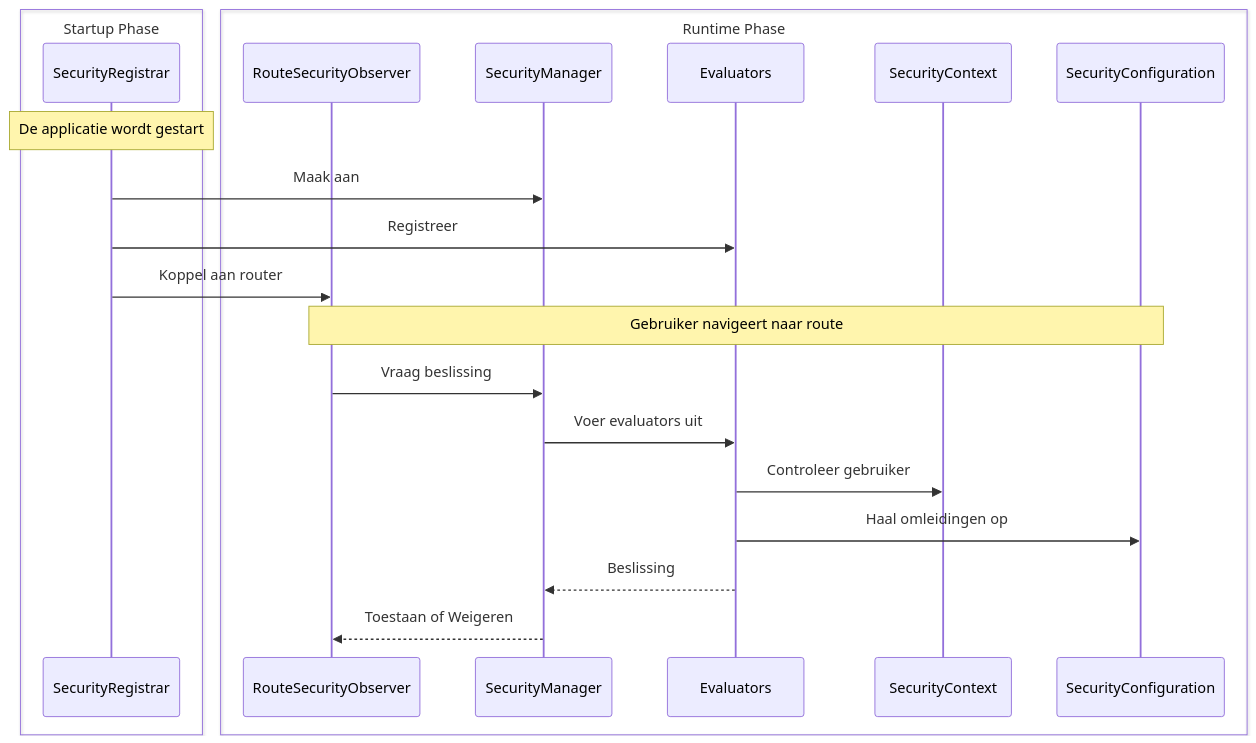
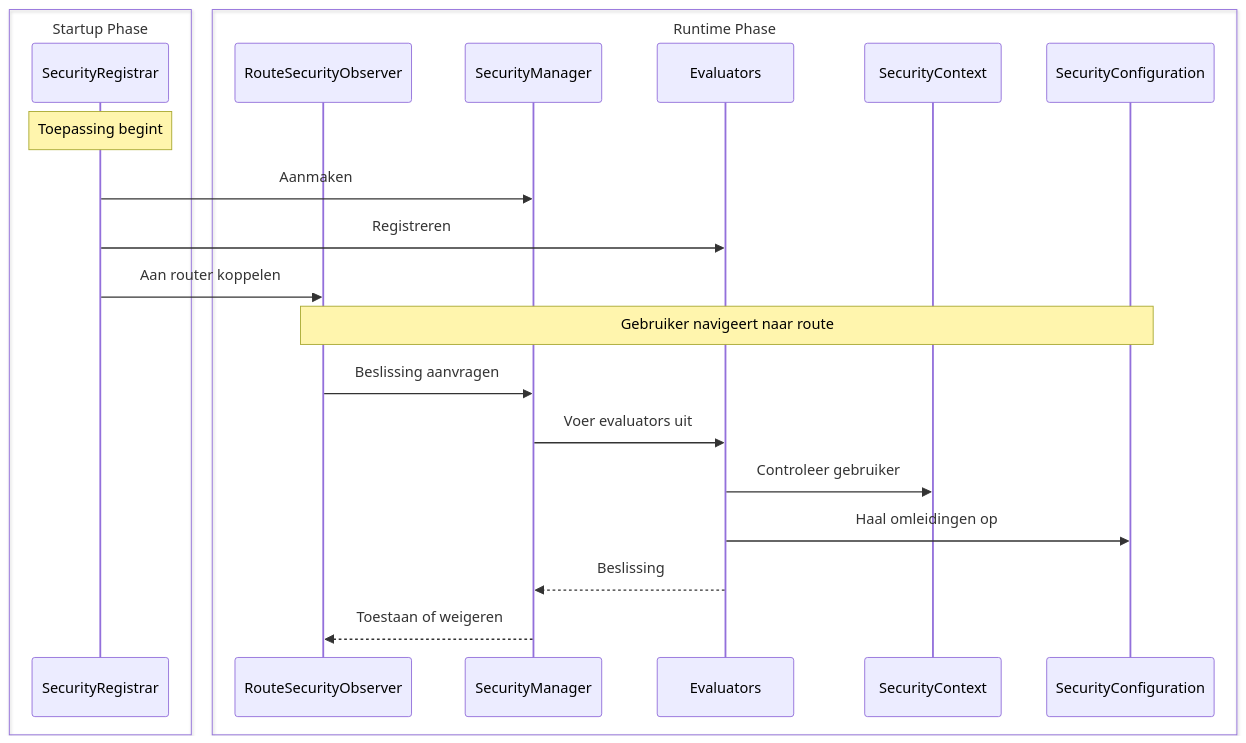
The diagram in docs/i18n/nl/docusaurus-plugin-content-docs/current/security/architecture/custom-implementation.md (webforj/webforj-documentation), drawn with Mermaid before and after one commit. The commit also changed other lines of this file and 1016 other files, not shown here.

````diff
--- a/docs/i18n/nl/docusaurus-plugin-content-docs/current/security/architecture/custom-implementation.md
+++ b/docs/i18n/nl/docusaurus-plugin-content-docs/current/security/architecture/custom-implementation.md
@@ -25,26 +28,26 @@
 ```mermaid
 sequenceDiagram
   box Startup Phase
   participant Registrar as SecurityRegistrar
   end
   box Runtime Phase
   participant Observer as RouteSecurityObserver
   participant Manager as SecurityManager
   participant Evaluators
   participant Context as SecurityContext
   participant Config as SecurityConfiguration
   end
 
-  Note over Registrar: De applicatie wordt gestart
-  Registrar->>Manager: Maak aan
-  Registrar->>Evaluators: Registreer
-  Registrar->>Observer: Koppel aan router
+  Note over Registrar: Toepassing begint
+  Registrar->>Manager: Aanmaken
+  Registrar->>Evaluators: Registreren
+  Registrar->>Observer: Aan router koppelen
 
   Note over Observer,Config: Gebruiker navigeert naar route
-  Observer->>Manager: Vraag beslissing
+  Observer->>Manager: Beslissing aanvragen
   Manager->>Evaluators: Voer evaluators uit
   Evaluators->>Context: Controleer gebruiker
   Evaluators->>Config: Haal omleidingen op
   Evaluators-->>Manager: Beslissing
-  Manager-->>Observer: Toestaan of Weigeren
+  Manager-->>Observer: Toestaan of weigeren
 ```
````
